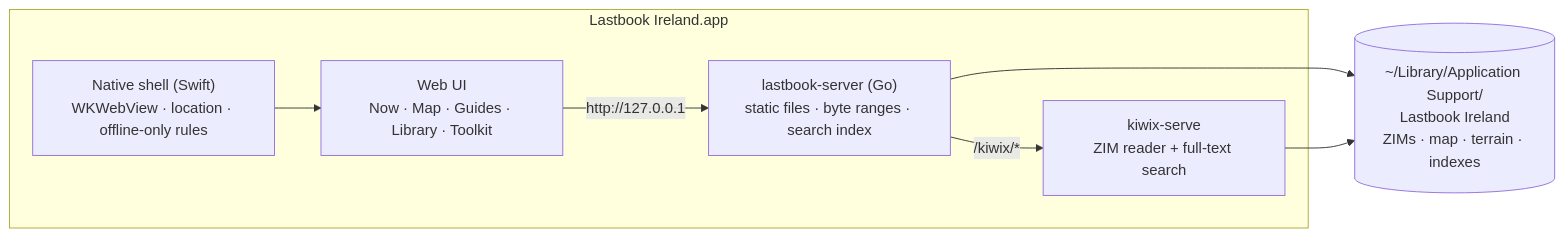
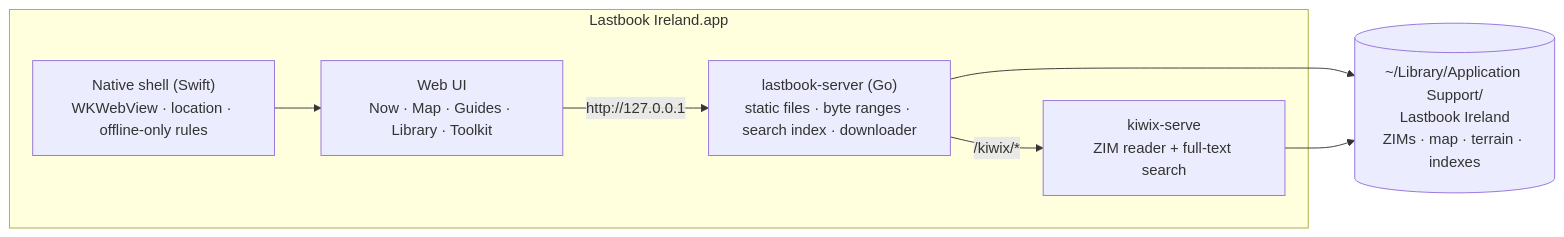
One commit to fpl0/lastbook-ireland changed the diagram in README.md. Above: the diagram before and after it, drawn with Mermaid. The commit also changed other lines of this file and 19 other files, not shown here.

````diff
--- a/README.md
+++ b/README.md
@@ -129,15 +137,15 @@
 ```mermaid
 flowchart LR
     subgraph App["Lastbook Ireland.app"]
         Shell["Native shell (Swift)<br/>WKWebView · location · offline-only rules"]
         UI["Web UI<br/>Now · Map · Guides · Library · Toolkit"]
-        Engine["lastbook-server (Go)<br/>static files · byte ranges · search index"]
+        Engine["lastbook-server (Go)<br/>static files · byte ranges · search index · downloader"]
         Kiwix["kiwix-serve<br/>ZIM reader + full-text search"]
     end
     Data[("~/Library/Application Support/<br/>Lastbook Ireland<br/>ZIMs · map · terrain · indexes")]
     Shell --> UI
     UI -- "http://127.0.0.1" --> Engine
     Engine -- "/kiwix/*" --> Kiwix
     Engine --> Data
     Kiwix --> Data
 ```
````
